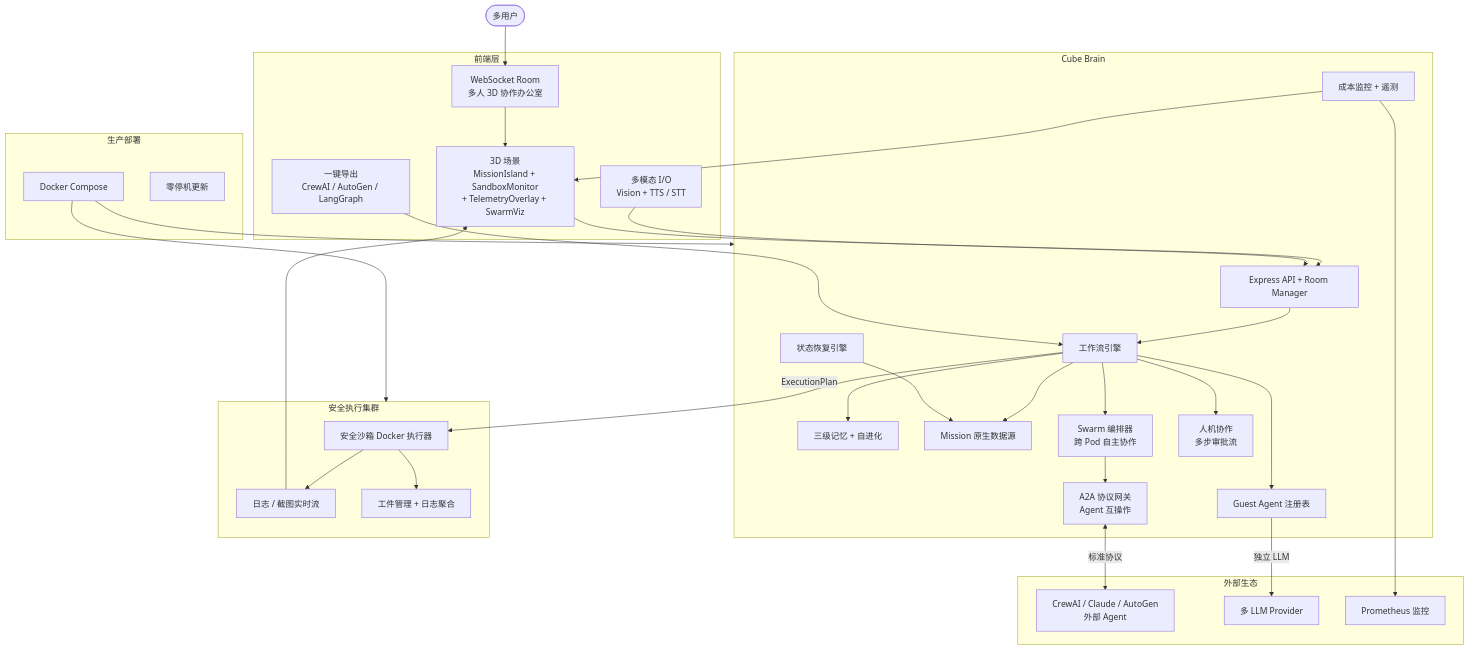
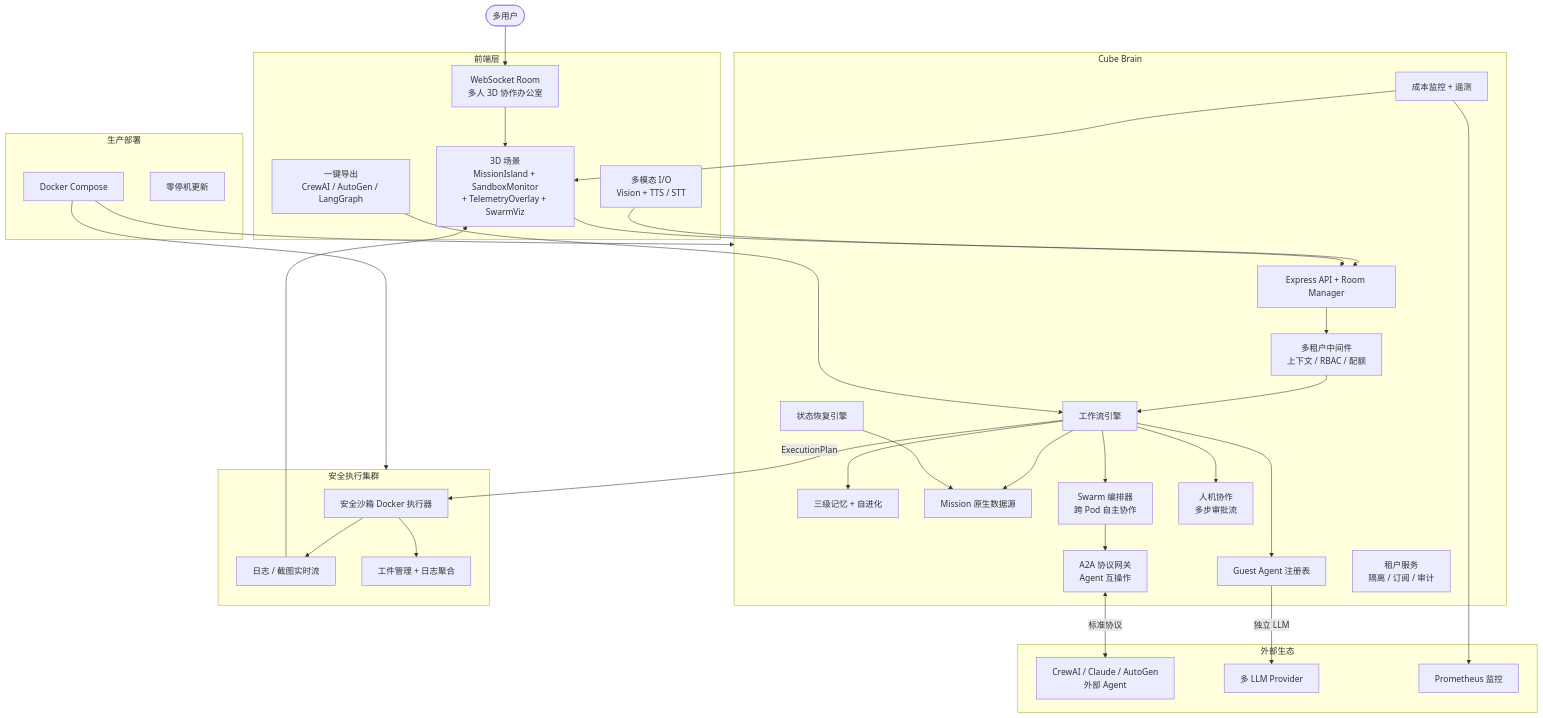
Before and after one commit to xiaojilele-glitch/cube-pets-office: the fifth of 5 diagrams in .kiro/steering/spec-execution-roadmap.md, drawn with Mermaid. The commit also changed other lines of this file and 5 other files, not shown here.

Commit message:
spec: add multi-tenant-architecture requirements, design, and tasks

````diff
--- a/.kiro/steering/spec-execution-roadmap.md
+++ b/.kiro/steering/spec-execution-roadmap.md
@@ -338,61 +345,63 @@
 ```mermaid
 flowchart TB
   Users([多用户])
 
   subgraph Client["前端层"]
     Room["WebSocket Room<br/>多人 3D 协作办公室"]
     Scene3D["3D 场景<br/>MissionIsland + SandboxMonitor<br/>+ TelemetryOverlay + SwarmViz"]
     MultiModal["多模态 I/O<br/>Vision + TTS / STT"]
     Export["一键导出<br/>CrewAI / AutoGen / LangGraph"]
   end
 
   subgraph Brain["Cube Brain"]
     API["Express API + Room Manager"]
     Engine["工作流引擎"]
     Memory["三级记忆 + 自进化"]
     MissionNative["Mission 原生数据源"]
     Swarm["Swarm 编排器<br/>跨 Pod 自主协作"]
     A2A["A2A 协议网关<br/>Agent 互操作"]
     GuestReg["Guest Agent 注册表"]
     CostEngine["成本监控 + 遥测"]
     HumanLoop["人机协作<br/>多步审批流"]
     Recovery["状态恢复引擎"]
+    TenantMW["多租户中间件<br/>上下文 / RBAC / 配额"]
+    TenantSvc["租户服务<br/>隔离 / 订阅 / 审计"]
   end
 
   subgraph Executor["安全执行集群"]
     Sandbox["安全沙箱 Docker 执行器"]
     LogStream["日志 / 截图实时流"]
     Artifacts["工件管理 + 日志聚合"]
   end
 
   subgraph External["外部生态"]
     ExtAgents["CrewAI / Claude / AutoGen<br/>外部 Agent"]
     ExtLLM["多 LLM Provider"]
     Prometheus["Prometheus 监控"]
   end
 
   subgraph Deploy["生产部署"]
     Compose["Docker Compose"]
     ZeroDown["零停机更新"]
   end
 
   Users --> Room --> Scene3D
   Scene3D --> API
-  API --> Engine --> Memory
+  API --> TenantMW --> Engine --> Memory
   Engine --> MissionNative
   Engine --> Swarm
   Swarm --> A2A
   A2A <-->|标准协议| ExtAgents
   Engine --> GuestReg -->|独立 LLM| ExtLLM
   Engine --> HumanLoop
   Engine -->|ExecutionPlan| Sandbox
   Sandbox --> LogStream --> Scene3D
   Sandbox --> Artifacts
   CostEngine --> Prometheus
   CostEngine --> Scene3D
   MultiModal --> API
   Export --> Engine
   Recovery --> MissionNative
   Compose --> Brain
   Compose --> Executor
 ```
````
